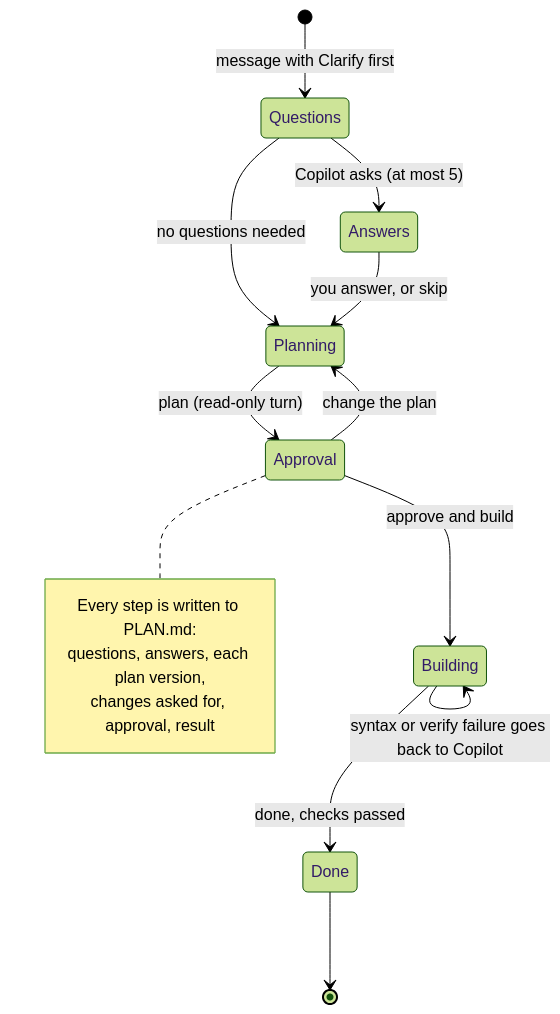
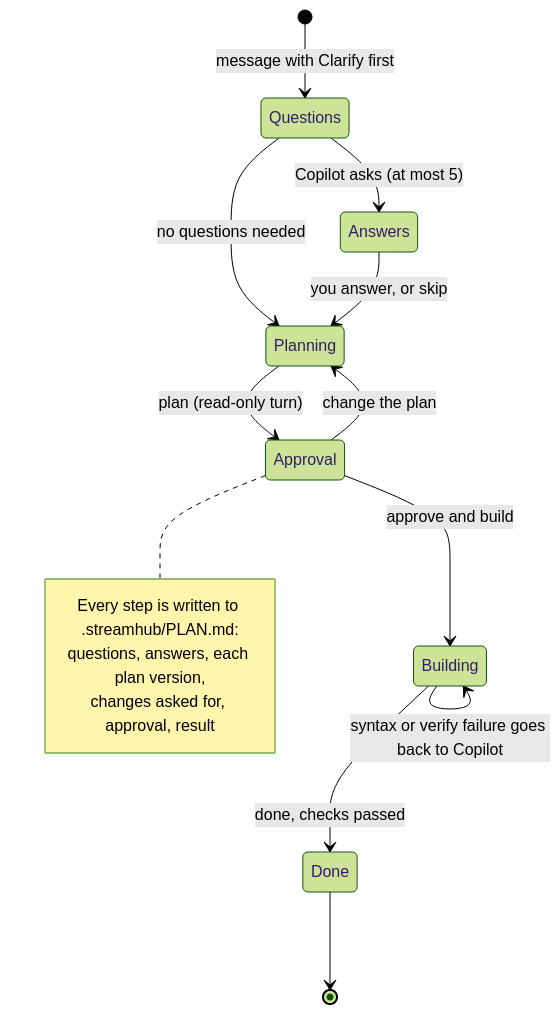
The seventh of 7 diagrams in README.md (jgt87/CCBridge), drawn with Mermaid (forest theme) before and after one commit. The commit also changed other lines of this file and 195 other files, not shown here.

````diff
--- a/README.md
+++ b/README.md
@@ -556,18 +556,18 @@
 ```mermaid
 stateDiagram-v2
     [*] --> Questions: message with Clarify first
     Questions --> Answers: Copilot asks (at most 5)
     Questions --> Planning: no questions needed
     Answers --> Planning: you answer, or skip
     Planning --> Approval: plan (read-only turn)
     Approval --> Planning: change the plan
     Approval --> Building: approve and build
     Building --> Done: done, checks passed
     Building --> Building: syntax or verify failure goes back to Copilot
     Done --> [*]
     note right of Approval
-        Every step is written to PLAN.md:
+        Every step is written to .streamhub/PLAN.md:
         questions, answers, each plan version,
         changes asked for, approval, result
     end note
 ```
````
